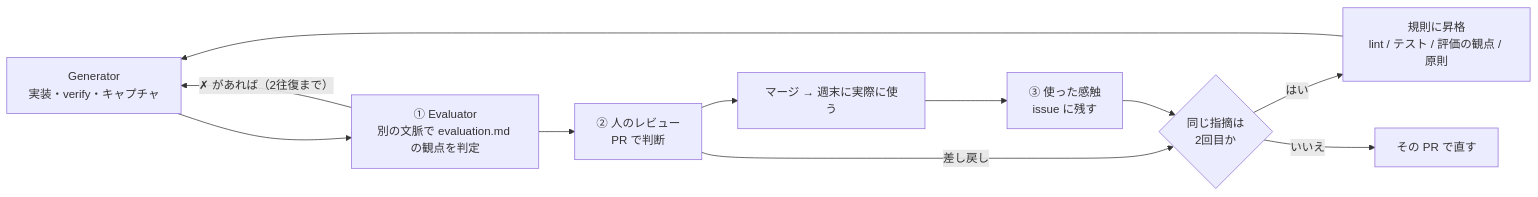
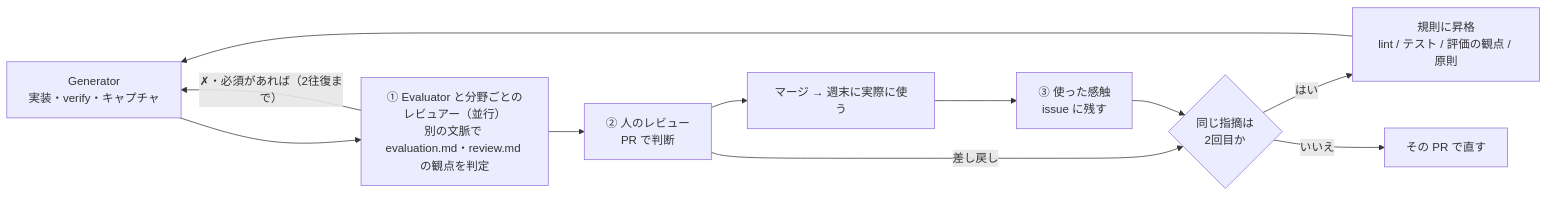
One commit to Atoyr/keiba-note changed the second of 2 diagrams in docs/harness.md. Above: the diagram before and after it, drawn with Mermaid. The commit also changed other lines of this file and 56 other files, not shown here.

````diff
--- a/docs/harness.md
+++ b/docs/harness.md
@@ -503,13 +448,13 @@
 ```mermaid
 flowchart LR
-    G["Generator<br/>実装・verify・キャプチャ"] --> B["① Evaluator<br/>別の文脈で evaluation.md の観点を判定"]
-    B -- "✗ があれば（2往復まで）" --> G
+    G["Generator<br/>実装・verify・キャプチャ"] --> B["① Evaluator と分野ごとのレビュアー（並行）<br/>別の文脈で evaluation.md・review.md の観点を判定"]
+    B -- "✗・必須があれば（2往復まで）" --> G
     B --> C["② 人のレビュー<br/>PR で判断"]
     C --> D["マージ → 週末に実際に使う"]
     D --> E["③ 使った感触<br/>issue に残す"]
     C -- 差し戻し --> F{"同じ指摘は<br/>2回目か"}
     E --> F
     F -- はい --> R["規則に昇格<br/>lint / テスト / 評価の観点 / 原則"]
     F -- いいえ --> H["その PR で直す"]
     R --> G
 ```
````
